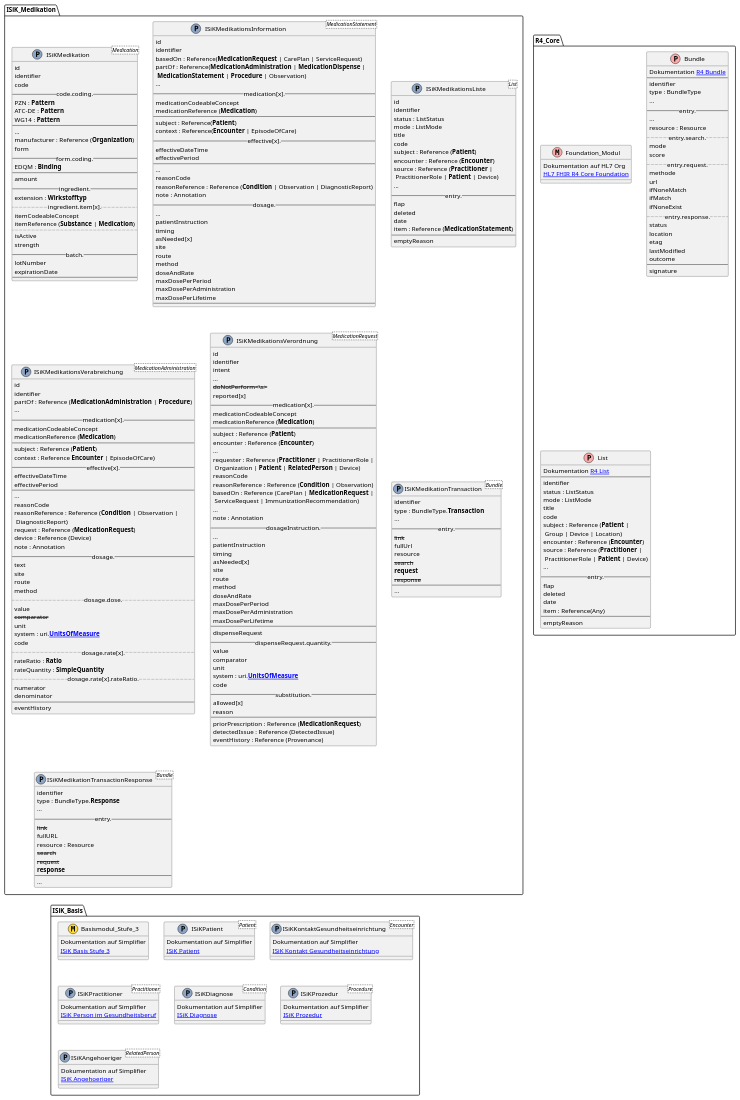
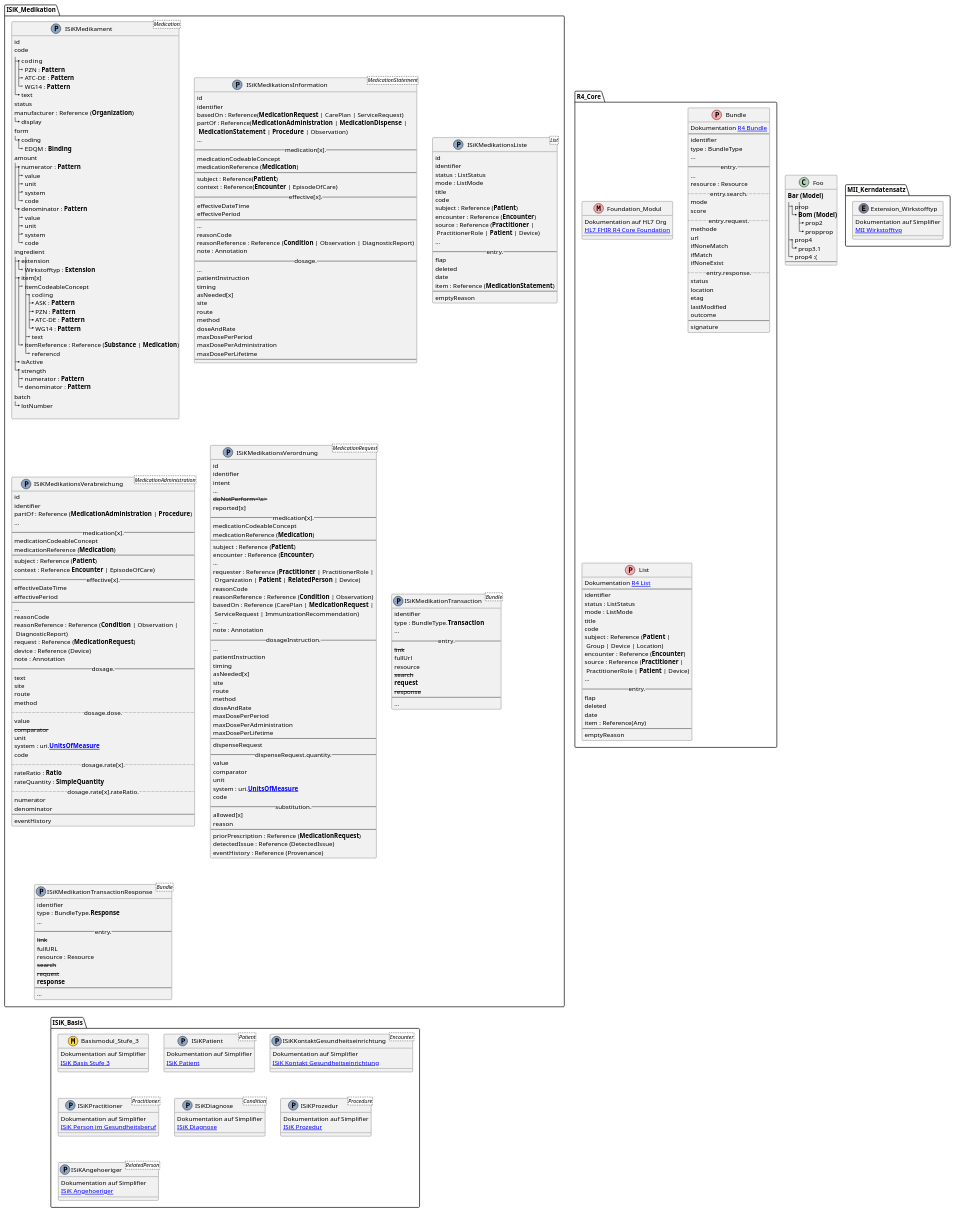
Before and after one commit to gematik/spec-ISiK-Medikation: the second of 2 diagrams in Material/images/src/plantuml/infomodell.puml, drawn with PlantUML. The commit also changed 2 other files, not shown here.

```diff
--- a/Material/images/src/plantuml/infomodell.puml
+++ b/Material/images/src/plantuml/infomodell.puml
@@ -28,36 +28,71 @@
 
 'Namespace enhancement
 set separator none
+   class Foo {
+   **Bar (Model)**
+   |_ prop
+      |_ **Bom (Model)**
+         |_ prop2
+         |_ propprop
+   |_ prop4
+      |_ prop3.1
+   |_ prop4 :(
+   --
+   }
+namespace ISiK_Medikation {
+   class  ISiKMedikament <Medication><<(P,#8DA5C4)>>{
+      id
+      code
+      |_ coding­
+         |_ PZN : **Pattern**
+         |_ ATC-DE : **Pattern**
+         |_ WG14 : **Pattern**
+      |_ text
+      status
+      manufacturer : Reference (**Organization**)
+      |_ display
+      form 
+      |_ coding
+         |_ EDQM : **Binding**
+      amount
+      |_ numerator : **Pattern**
+         |_ value
+         |_ unit
+         |_ system
+         |_ code
+      |_ denominator : **Pattern**
+         |_ value
+         |_ unit
+         |_ system
+         |_ code
+      ingredient
+      |_ extension
+         |_ Wirkstofftyp : **Extension**
+      |_ item[x]
+         |_ itemCodeableConcept
+            |_ coding­
+               |_ ASK : **Pattern**
+               |_ PZN : **Pattern**
+               |_ ATC-DE : **Pattern**
+               |_ WG14 : **Pattern**
+            |_ text
+         |_ itemReference : Reference (**Substance** | **Medication**)
+            |_ referencd
+      |_ isActive
+      |_ strength
+         |_ numerator : **Pattern**
+         '   |_ value
+         '   |_ unit
+         '   |_ system
+         '   |_ code
+         |_ denominator : **Pattern**
+         '   |_ value
+         '   |_ unit
+         '   |_ system
+         '   |_ code
+      batch
+      |_ lotNumber
 
-namespace ISiK_Medikation {
-   class  ISiKMedikation <Medication><<(P,#8DA5C4)>>{
-      id
-      identifier
-      code
-      --code.coding.--
-      PZN : **Pattern**
-      ATC-DE : **Pattern**
-      WG14 : **Pattern**
-      --
-      ...
-      manufacturer : Reference (**Organization**)
-      form 
-      --form.coding.--
-      EDQM : **Binding**
-      --
-      amount
-      --ingredient.--
-      extension : **Wirkstofftyp**
-      ..ingredient.item[x]...
-      itemCodeableConcept
-      itemReference (**Substance** | **Medication**)
-      ..
-      isActive
-      strength
-      --batch.--
-      lotNumber
-      expirationDate
-      --
    }
    'ISiKMedikation::itemReference --> ISiKMedikation
 
@@ -242,6 +277,13 @@
 'ISiK_Medikation.ISiKMedikationTransaction --> R4_Core.Bundle
 'ISiK_Medikation.ISiKMedikationTransactionResponse --|> R4_Core.Bundle
 
+namespace MII_Kerndatensatz {
+   class Extension_Wirkstofftyp <<(E,#7A8495)>>{
+      Dokumentation auf Simplifier 
+      [[https://www.medizininformatik-initiative.de/fhir/core/modul-medikation/StructureDefinition/wirkstofftyp MII Wirkstofftyp]]
+   }
+}
+
 namespace R4_Core {
    class Foundation_Modul <<(M,#FFAAAA)>>{
       Dokumentation auf HL7 Org
```
